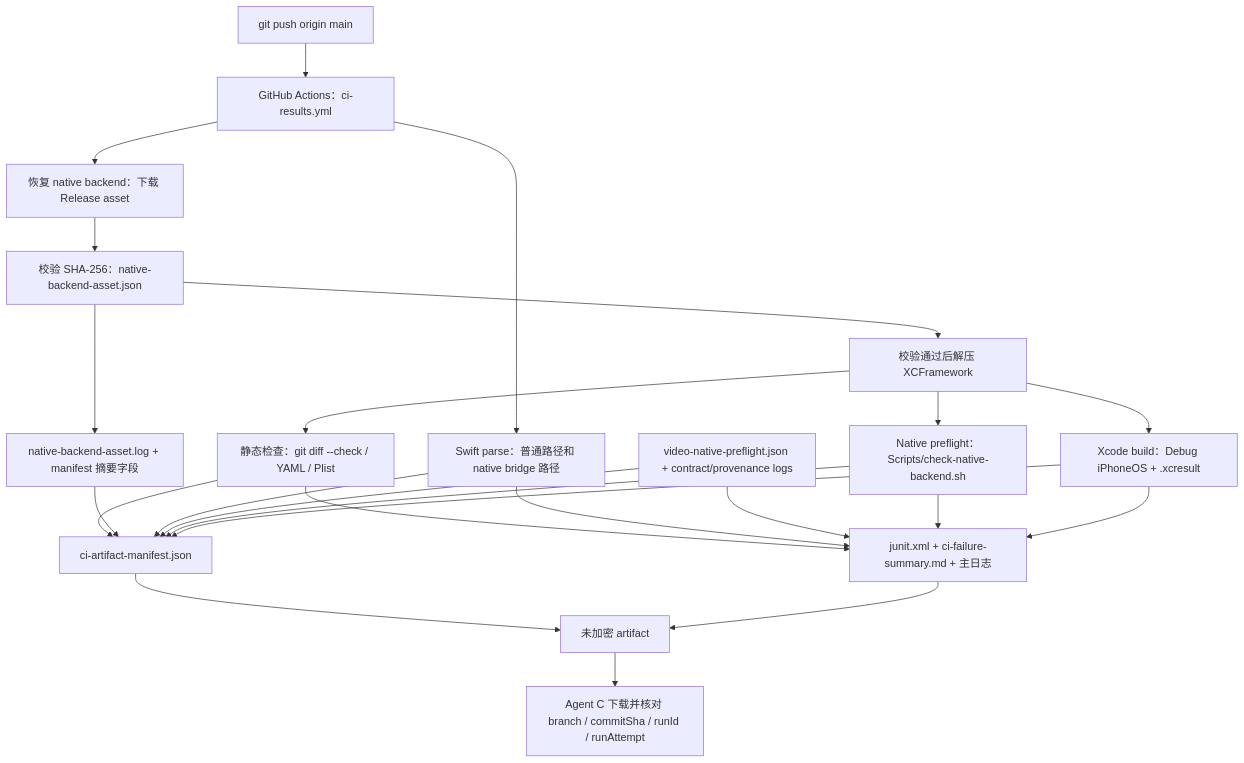
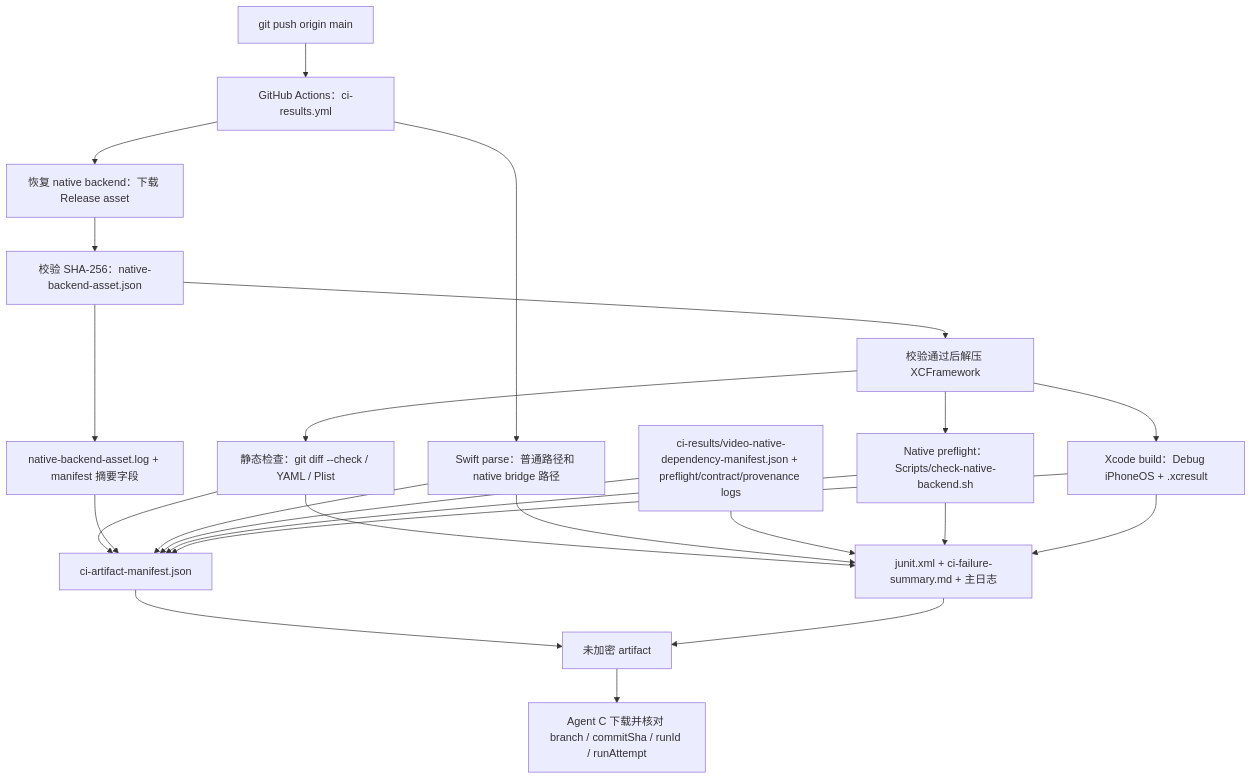
The ninth of 10 diagrams in md/flow/flowchart.md (Altman-sam114/118), drawn with Mermaid before and after one commit. The commit also changed 9 other files, not shown here.

````diff
--- a/md/flow/flowchart.md
+++ b/md/flow/flowchart.md
@@ -219,26 +219,26 @@
 ```mermaid
 flowchart TD
   A["git push origin main"] --> B["GitHub Actions：ci-results.yml"]
   B --> R["恢复 native backend：下载 Release asset"]
   R --> SHA["校验 SHA-256：native-backend-asset.json"]
   SHA --> UNZIP["校验通过后解压 XCFramework"]
   SHA --> ASSETLOG["native-backend-asset.log + manifest 摘要字段"]
   UNZIP --> C["静态检查：git diff --check / YAML / Plist"]
   B --> D["Swift parse：普通路径和 native bridge 路径"]
   UNZIP --> E["Native preflight：Scripts/check-native-backend.sh"]
   UNZIP --> F["Xcode build：Debug iPhoneOS + .xcresult"]
   C --> G["ci-artifact-manifest.json"]
   ASSETLOG --> G
   D --> G
-  VREPORT["video-native-preflight.json + contract/provenance logs"] --> G
+  VREPORT["ci-results/video-native-dependency-manifest.json + preflight/contract/provenance logs"] --> G
   E --> G
   F --> G
   C --> H["junit.xml + ci-failure-summary.md + 主日志"]
   D --> H
   VREPORT --> H
   E --> H
   F --> H
   G --> I["未加密 artifact"]
   H --> I
   I --> J["Agent C 下载并核对 branch / commitSha / runId / runAttempt"]
 ```
````
